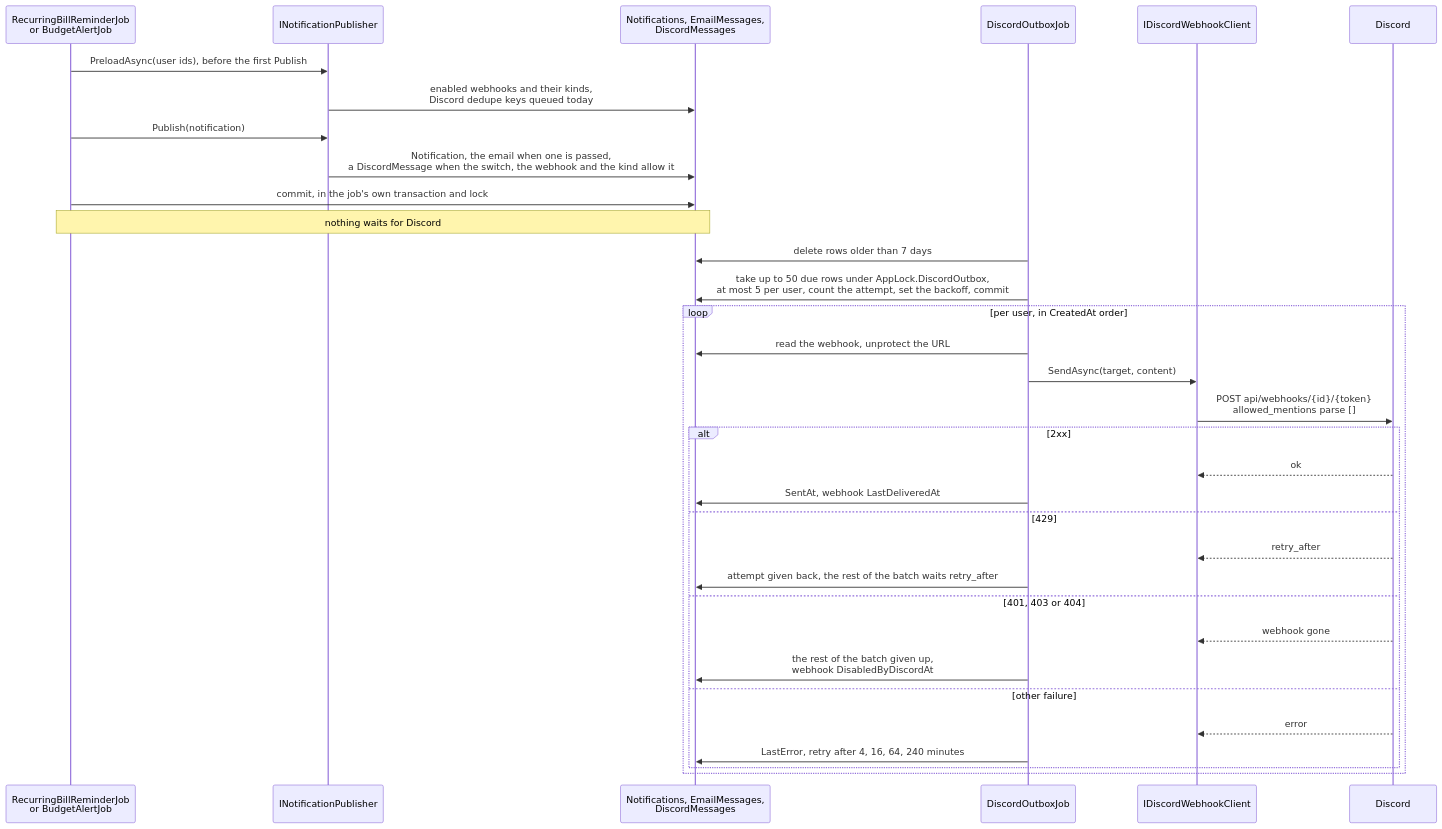
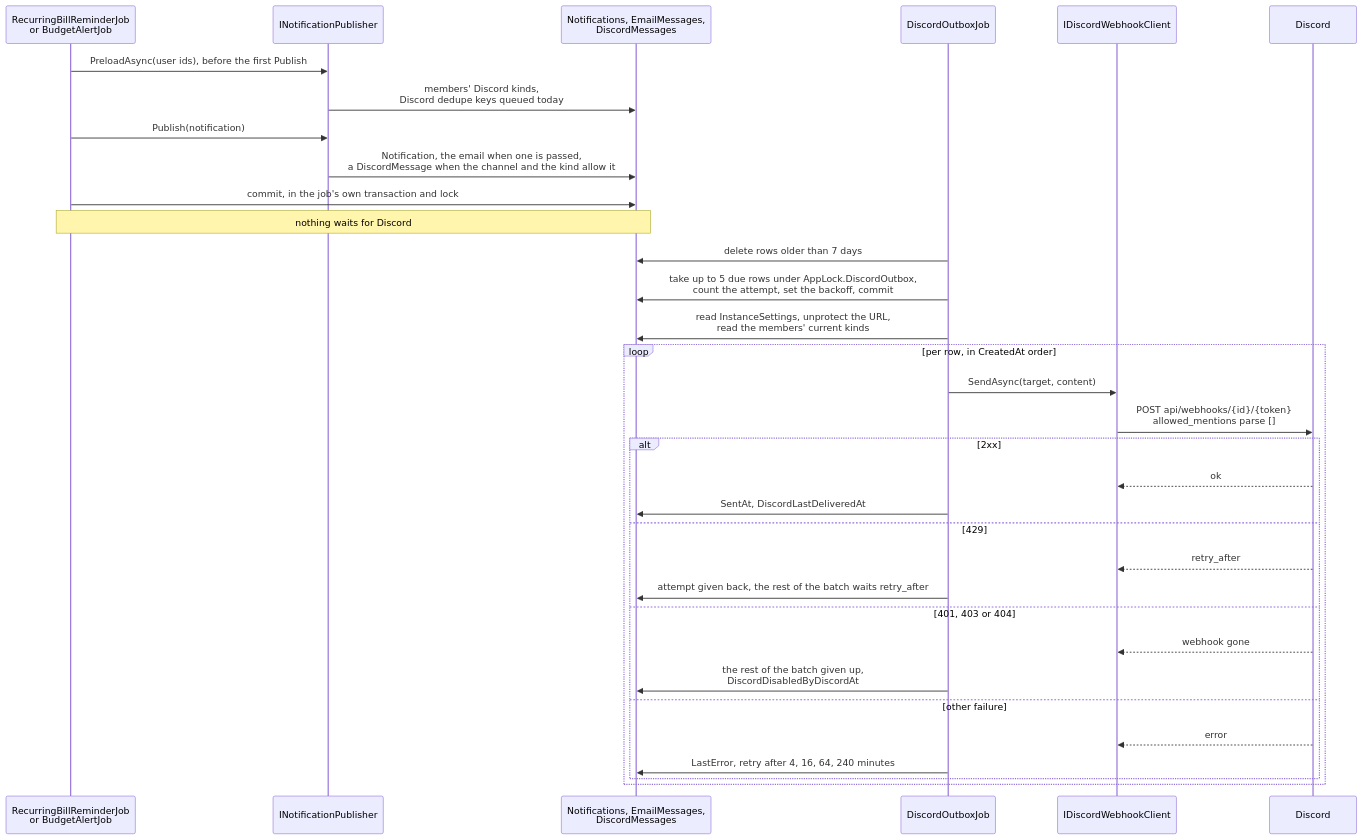
The diagram in docs/features/discord-notifications.md (Justxs/Jx-Finance), drawn with Mermaid before and after one commit. The commit also changed other lines of this file and 196 other files, not shown here.

````diff
--- a/docs/features/discord-notifications.md
+++ b/docs/features/discord-notifications.md
@@ -11,35 +11,35 @@
 ```mermaid
 sequenceDiagram
     participant Job as RecurringBillReminderJob<br/>or BudgetAlertJob
     participant Pub as INotificationPublisher
     participant Db as Notifications, EmailMessages,<br/>DiscordMessages
     participant Out as DiscordOutboxJob
     participant Client as IDiscordWebhookClient
     participant Discord
     Job->>Pub: PreloadAsync(user ids), before the first Publish
-    Pub->>Db: enabled webhooks and their kinds,<br/>Discord dedupe keys queued today
+    Pub->>Db: members' Discord kinds,<br/>Discord dedupe keys queued today
     Job->>Pub: Publish(notification)
-    Pub->>Db: Notification, the email when one is passed,<br/>a DiscordMessage when the switch, the webhook and the kind allow it
+    Pub->>Db: Notification, the email when one is passed,<br/>a DiscordMessage when the channel and the kind allow it
     Job->>Db: commit, in the job's own transaction and lock
     Note over Job,Db: nothing waits for Discord
     Out->>Db: delete rows older than 7 days
-    Out->>Db: take up to 50 due rows under AppLock.DiscordOutbox,<br/>at most 5 per user, count the attempt, set the backoff, commit
-    loop per user, in CreatedAt order
-        Out->>Db: read the webhook, unprotect the URL
+    Out->>Db: take up to 5 due rows under AppLock.DiscordOutbox,<br/>count the attempt, set the backoff, commit
+    Out->>Db: read InstanceSettings, unprotect the URL,<br/>read the members' current kinds
+    loop per row, in CreatedAt order
         Out->>Client: SendAsync(target, content)
         Client->>Discord: POST api/webhooks/{id}/{token}<br/>allowed_mentions parse []
         alt 2xx
             Discord-->>Client: ok
-            Out->>Db: SentAt, webhook LastDeliveredAt
+            Out->>Db: SentAt, DiscordLastDeliveredAt
         else 429
             Discord-->>Client: retry_after
             Out->>Db: attempt given back, the rest of the batch waits retry_after
         else 401, 403 or 404
             Discord-->>Client: webhook gone
-            Out->>Db: the rest of the batch given up,<br/>webhook DisabledByDiscordAt
+            Out->>Db: the rest of the batch given up,<br/>DiscordDisabledByDiscordAt
         else other failure
             Discord-->>Client: error
             Out->>Db: LastError, retry after 4, 16, 64, 240 minutes
         end
     end
 ```
````
